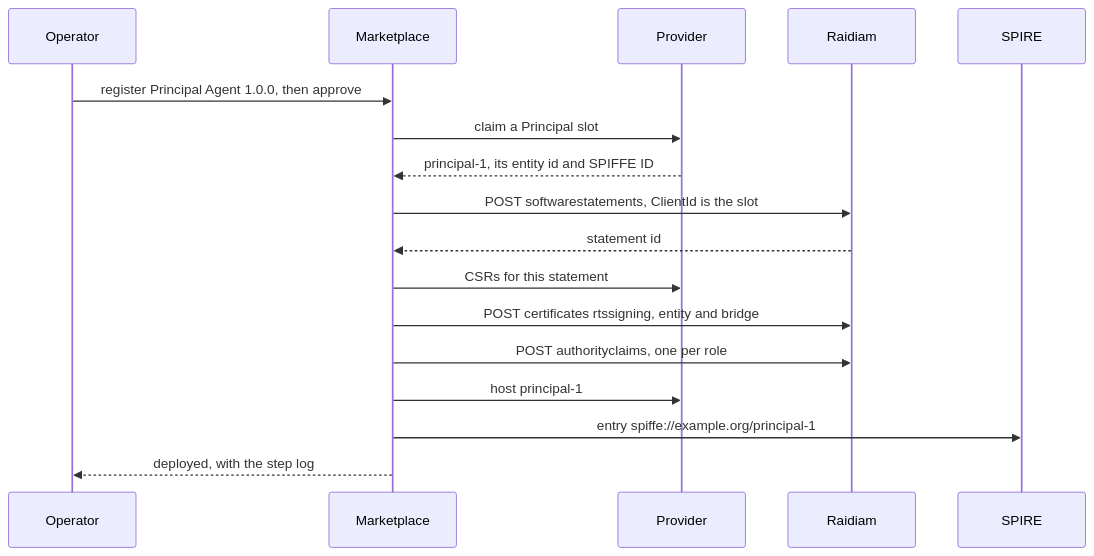
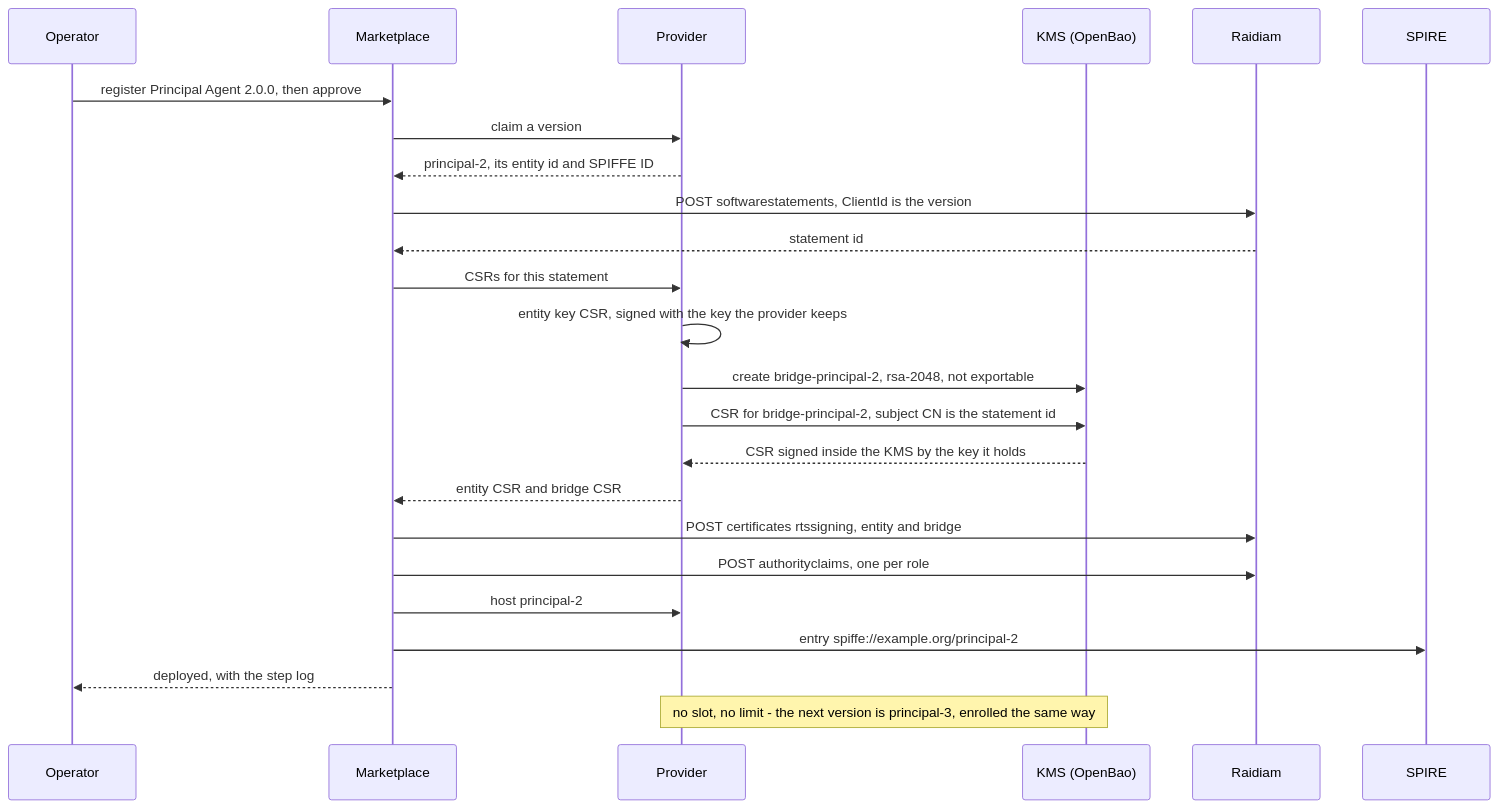
One commit to MC-IDPartners/pf-agentic-identity changed the first of 21 diagrams in demo/flows.md. Above: the diagram before and after it, drawn with Mermaid. The commit also changed other lines of this file, not shown here.

Commit message:
demo: flows.md - TC-01 and TC-26 with the KMS (OpenBao): enrolment at deploy, bridge assertions signed in it

````diff
--- a/demo/flows.md
+++ b/demo/flows.md
@@ -42,19 +47,26 @@
 ```mermaid
 sequenceDiagram
     participant Op as Operator
     participant MP as Marketplace
     participant PR as Provider
+    participant KMS as KMS (OpenBao)
     participant RD as Raidiam
     participant SP as SPIRE
-    Op->>MP: register Principal Agent 1.0.0, then approve
-    MP->>PR: claim a Principal slot
-    PR-->>MP: principal-1, its entity id and SPIFFE ID
-    MP->>RD: POST softwarestatements, ClientId is the slot
+    Op->>MP: register Principal Agent 2.0.0, then approve
+    MP->>PR: claim a version
+    PR-->>MP: principal-2, its entity id and SPIFFE ID
+    MP->>RD: POST softwarestatements, ClientId is the version
     RD-->>MP: statement id
     MP->>PR: CSRs for this statement
+    PR->>PR: entity key CSR, signed with the key the provider keeps
+    PR->>KMS: create bridge-principal-2, rsa-2048, not exportable
+    PR->>KMS: CSR for bridge-principal-2, subject CN is the statement id
+    KMS-->>PR: CSR signed inside the KMS by the key it holds
+    PR-->>MP: entity CSR and bridge CSR
     MP->>RD: POST certificates rtssigning, entity and bridge
     MP->>RD: POST authorityclaims, one per role
-    MP->>PR: host principal-1
-    MP->>SP: entry spiffe://example.org/principal-1
+    MP->>PR: host principal-2
+    MP->>SP: entry spiffe://example.org/principal-2
     MP-->>Op: deployed, with the step log
+    Note over PR,KMS: no slot, no limit - the next version is principal-3, enrolled the same way
 ```
````
